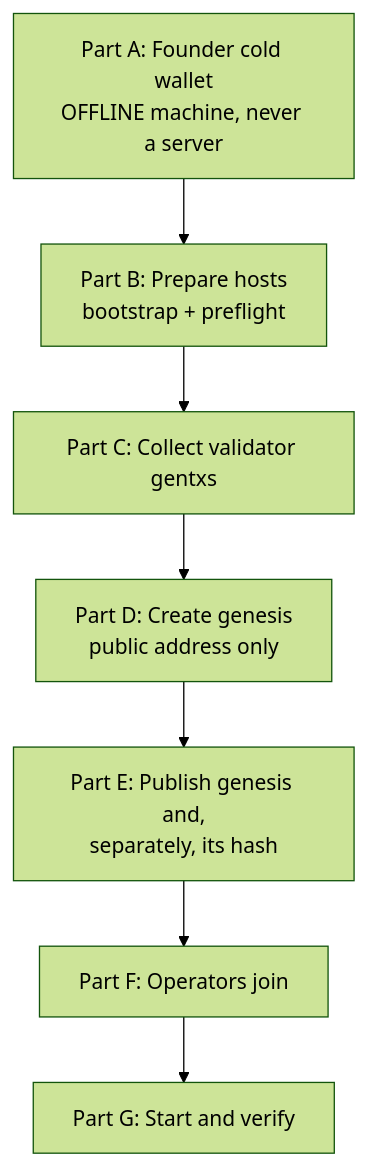
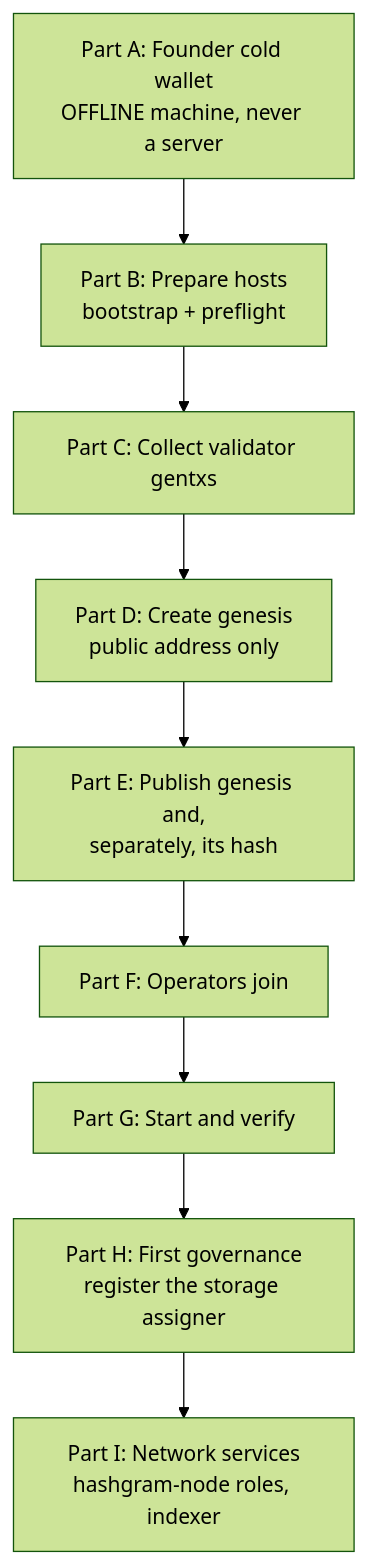
One commit to deepdrogo/hashgram changed the diagram in docs/FOUNDER_LAUNCH_RUNBOOK.md. Above: the diagram before and after it, drawn with Mermaid (forest theme). The commit also changed other lines of this file and 14 other files, not shown here.

````diff
--- a/docs/FOUNDER_LAUNCH_RUNBOOK.md
+++ b/docs/FOUNDER_LAUNCH_RUNBOOK.md
@@ -27,9 +27,11 @@
 ```mermaid
 flowchart TD
     A["Part A: Founder cold wallet<br/>OFFLINE machine, never a server"] --> B["Part B: Prepare hosts<br/>bootstrap + preflight"]
     B --> C["Part C: Collect validator gentxs"]
     C --> D["Part D: Create genesis<br/>public address only"]
     D --> E["Part E: Publish genesis and,<br/>separately, its hash"]
     E --> F["Part F: Operators join"]
     F --> G["Part G: Start and verify"]
+    G --> H["Part H: First governance<br/>register the storage assigner"]
+    H --> I["Part I: Network services<br/>hashgram-node roles, indexer"]
 ```
````
